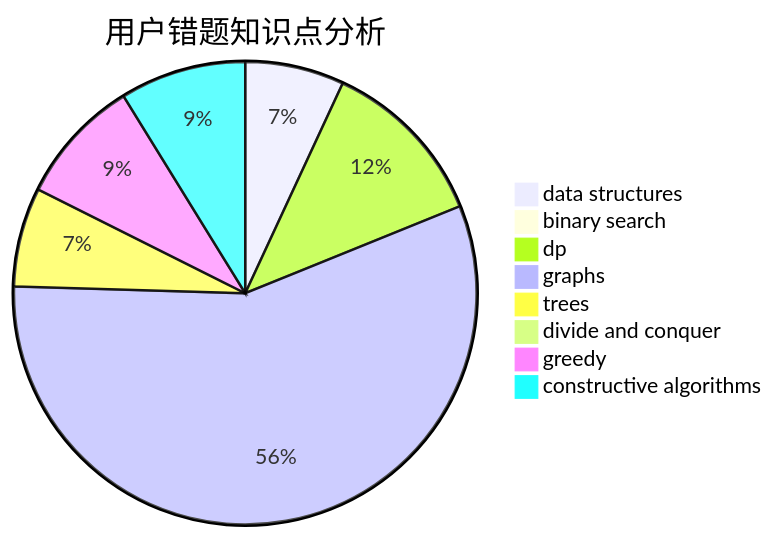
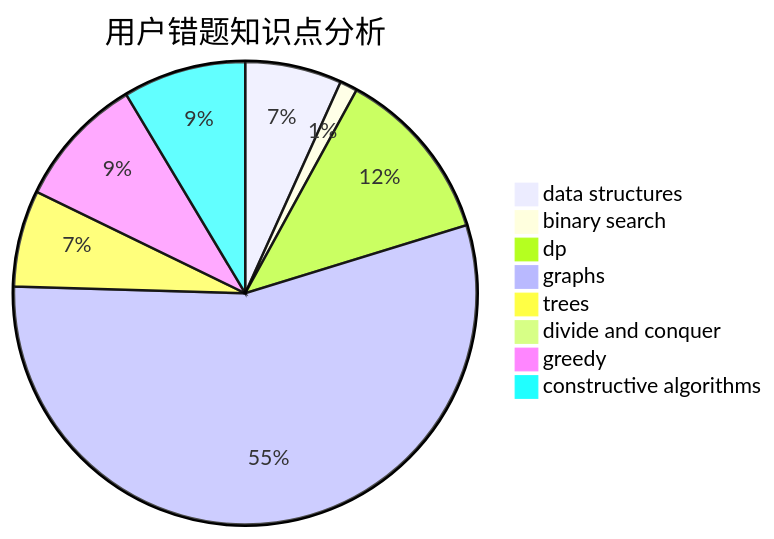
Before and after one commit to sherpahu/cfrs.github.io: the third of 3 diagrams in docs/user/u1376.md, drawn with Mermaid. The commit also changed other lines of this file and 2770 other files, not shown here.

````diff
--- a/docs/user/u1376.md
+++ b/docs/user/u1376.md
@@ -36,11 +36,11 @@
 ```mermaid
 pie title 用户错题知识点分析
     "data structures" :  11
-    "binary search" :  1
-    "dp" :  19
+    "binary search" :  2
+    "dp" :  20
     "graphs" :  90
     "trees" :  11
     "divide and conquer" :  1
-    "greedy" :  14
+    "greedy" :  15
     "constructive algorithms" :  14
 ```
````
